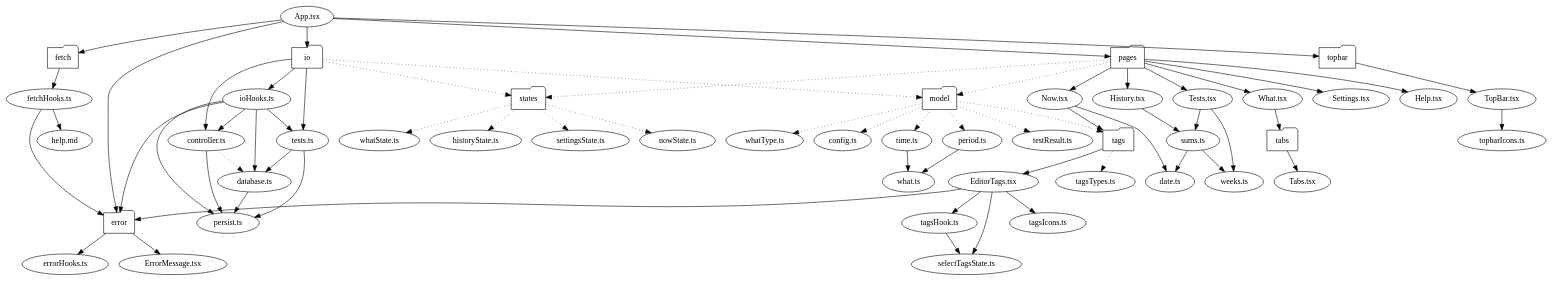
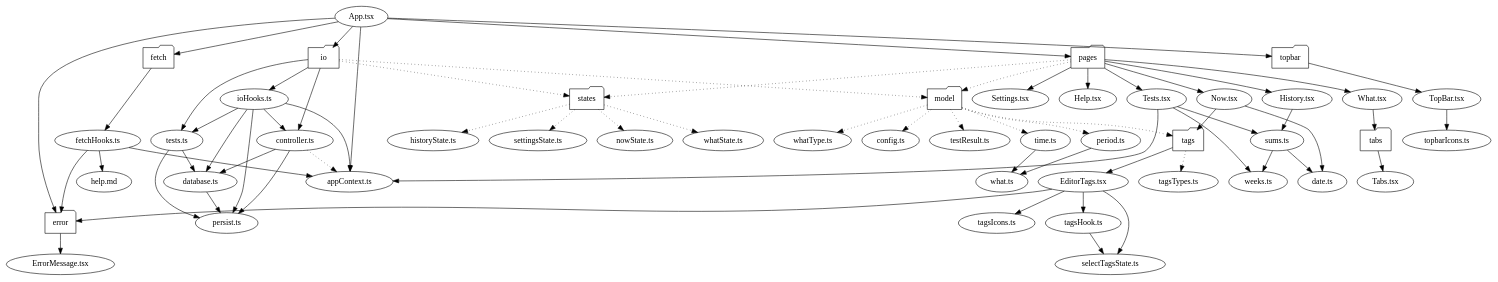
The diagram in dependencies/dependencies.dot (cwellsx/time), drawn with Graphviz before and after one commit. The commit also changed 10 other files, not shown here.

```diff
--- a/dependencies/dependencies.dot
+++ b/dependencies/dependencies.dot
@@ -1,69 +1,69 @@
 digraph SRC {
-  "App.tsx" -> {"error" "fetch" "io" "pages" "topbar"};
+  "App.tsx" -> {"error" "fetch" "io" "pages" "topbar" "appContext.ts"};
+  "appContext.ts" -> {};
 
   "error" [shape=folder];
   "fetch" [shape=folder];
   "io" [shape=folder];
   "model" [shape=folder];
   "pages" [shape=folder];
   "states" [shape=folder];
   "tabs" [shape=folder];
   "tags" [shape=folder];
   "topbar" [shape=folder];
   
-  "error" -> {"ErrorMessage.tsx" "errorHooks.ts"};
+  "error" -> {"ErrorMessage.tsx"};
   "ErrorMessage.tsx" -> {};
-  "errorHooks.ts" -> {};
 
   "fetch" -> {"fetchHooks.ts"};
-  "fetchHooks.ts" -> {"error" "help.md"}
+  "fetchHooks.ts" -> {"error" "help.md" "appContext.ts"}
   "help.md" -> {}
 
   "io" -> {"controller.ts" "ioHooks.ts" "tests.ts"};
   "io" -> {"model" "states"} [style=dotted];
-  "controller.ts" -> {"persist.ts"};
-  "controller.ts" -> {"database.ts"} [style=dotted];
+  "controller.ts" -> {"persist.ts" "database.ts"};
+  "controller.ts" -> {"appContext.ts"} [style=dotted];
   "database.ts" -> {"persist.ts"};
-  "ioHooks.ts" -> {"controller.ts" "database.ts" "persist.ts" "tests.ts" "error"};
+  "ioHooks.ts" -> {"controller.ts" "database.ts" "persist.ts" "tests.ts" "appContext.ts"};
   "tests.ts" -> {"database.ts" "persist.ts"};
   "persist.ts" -> {}
 
   "model" -> {"config.ts" "period.ts" "testResult.ts" "time.ts" "tags" "whatType.ts"} [style=dotted];
   "config.ts" -> {};
   "period.ts" -> {"what.ts"};
   "testResult.ts" -> {};
   "time.ts" -> {"what.ts"};
   "what.ts" -> {};
   "whatType.ts" -> {};
 
   "pages" -> {"Now.tsx" "What.tsx" "History.tsx" "Settings.tsx" "Help.tsx" "Tests.tsx"};
   "pages" -> {"model" "states"} [style=dotted];
   "date.ts" -> {};
   "Now.tsx" -> {"date.ts" "tags"};
   "What.tsx" -> {"tabs"};
   "History.tsx" -> {"sums.ts"};
   "Settings.tsx" -> {};
   "Help.tsx" -> {};
-  "Tests.tsx" -> {"weeks.ts" "sums.ts"};
+  "Tests.tsx" -> {"weeks.ts" "sums.ts" "appContext.ts"};
   "sums.ts" -> {"weeks.ts" "date.ts"};
 
   "states" -> {"nowState.ts" "whatState.ts" "historyState.ts" "settingsState.ts"} [style=dotted];
   "nowState.ts" -> {};
   "whatState.ts" -> {};
   "historyState.ts" -> {};
   "settingsState.ts" -> {};
 
   "tabs" -> {"Tabs.tsx"};
   "Tabs.tsx" -> {};
 
   "tags" -> {"EditorTags.tsx"};
   "tags" -> {"tagsTypes.ts"} [style=dotted];
   "EditorTags.tsx" -> {"error" "selectTagsState.ts" "tagsHook.ts" "tagsIcons.ts"};
   "tagsHook.ts" -> {"selectTagsState.ts"};
   "tagsIcons.ts" -> {};
   "tagsTypes.ts" -> {};
 
   "topbar" -> {"TopBar.tsx"};
   "TopBar.tsx" -> {"topbarIcons.ts"};
   "topbarIcons.ts" -> {};
 }
```
